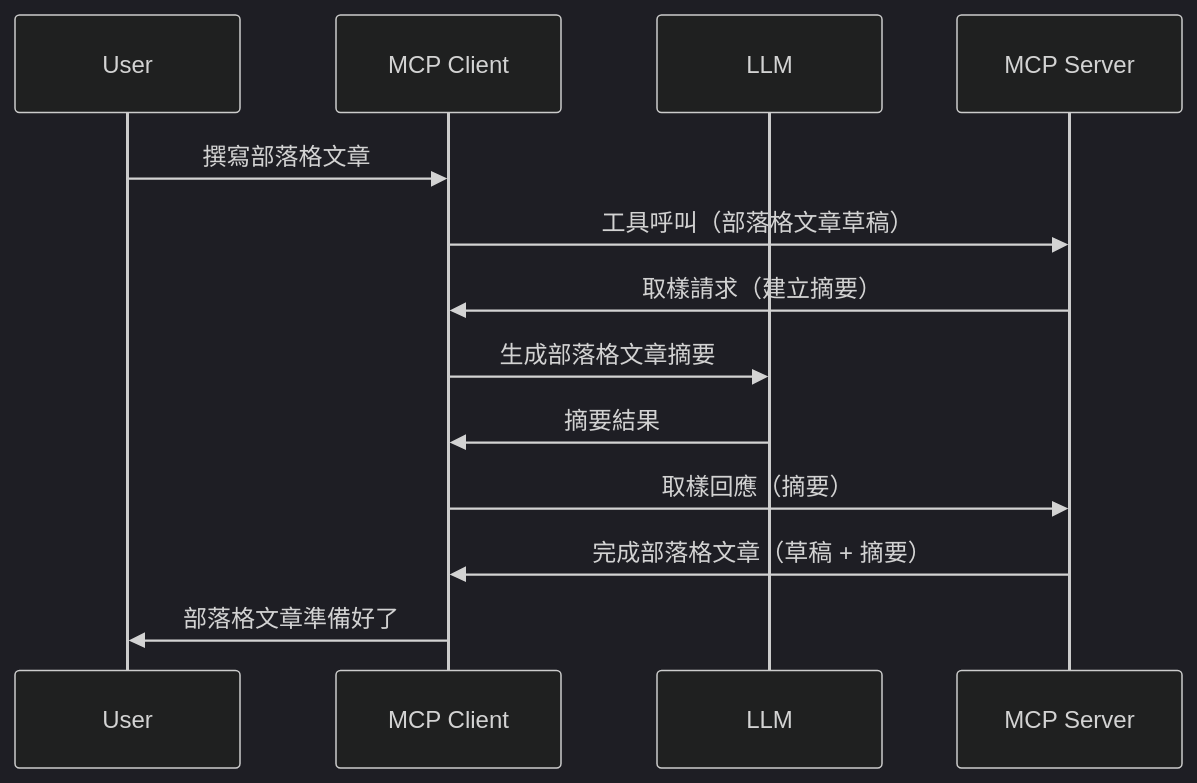
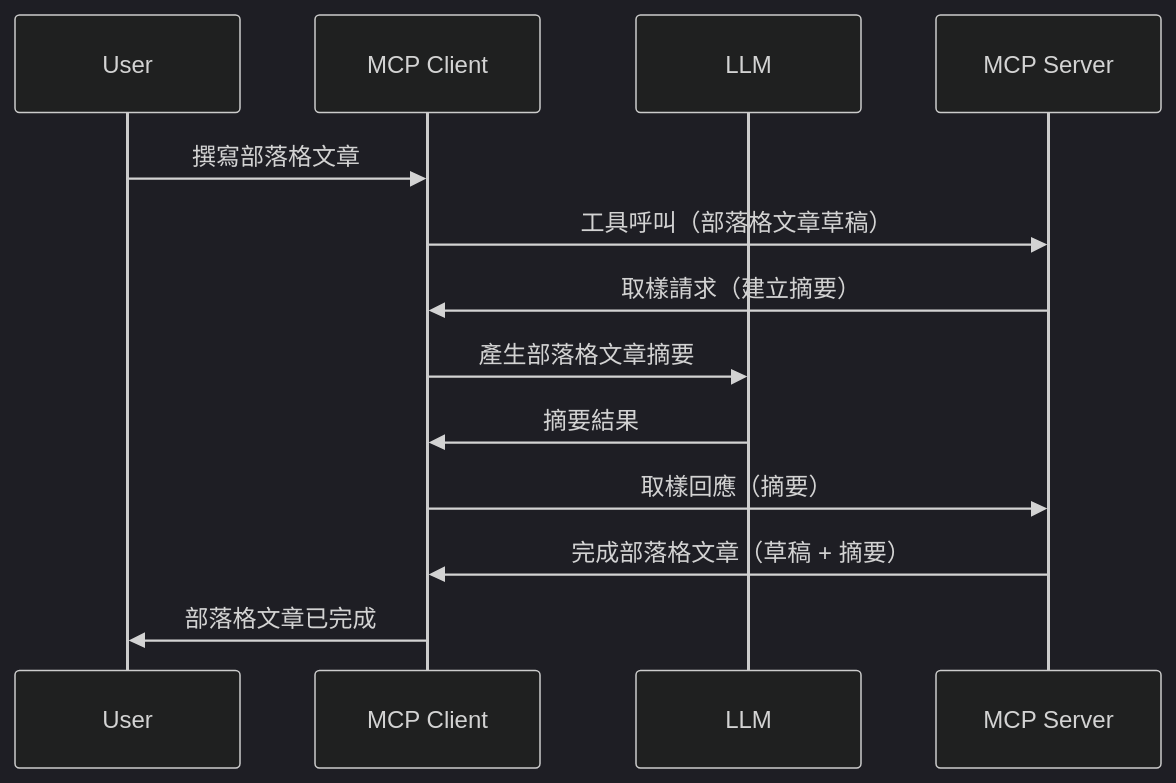
One commit to HIDORAKAI002/ai-workspace-archive changed the diagram in mcp_ecosystem__model_context_protocol/mcp_learning_resources/mcp-for-beginners/translations/zh-TW/03-GettingStarted/14-sampling/README.md. Above: the diagram before and after it, drawn with Mermaid (dark theme). The commit also changed other lines of this file and 1539 other files, not shown here.

````diff
--- a/mcp_ecosystem__model_context_protocol/mcp_learning_resources/mcp-for-beginners/translations/zh-TW/03-GettingStarted/14-sampling/README.md
+++ b/mcp_ecosystem__model_context_protocol/mcp_learning_resources/mcp-for-beginners/translations/zh-TW/03-GettingStarted/14-sampling/README.md
@@ -23,16 +23,16 @@
 ```mermaid
 sequenceDiagram
     participant User
     participant MCP Client
     participant LLM
     participant MCP Server
 
     User->>MCP Client: 撰寫部落格文章
     MCP Client->>MCP Server: 工具呼叫（部落格文章草稿）
     MCP Server->>MCP Client: 取樣請求（建立摘要）
-    MCP Client->>LLM: 生成部落格文章摘要
+    MCP Client->>LLM: 產生部落格文章摘要
     LLM->>MCP Client: 摘要結果
     MCP Client->>MCP Server: 取樣回應（摘要）
     MCP Server->>MCP Client: 完成部落格文章（草稿 + 摘要）
-    MCP Client->>User: 部落格文章準備好了
+    MCP Client->>User: 部落格文章已完成
 ```
````
